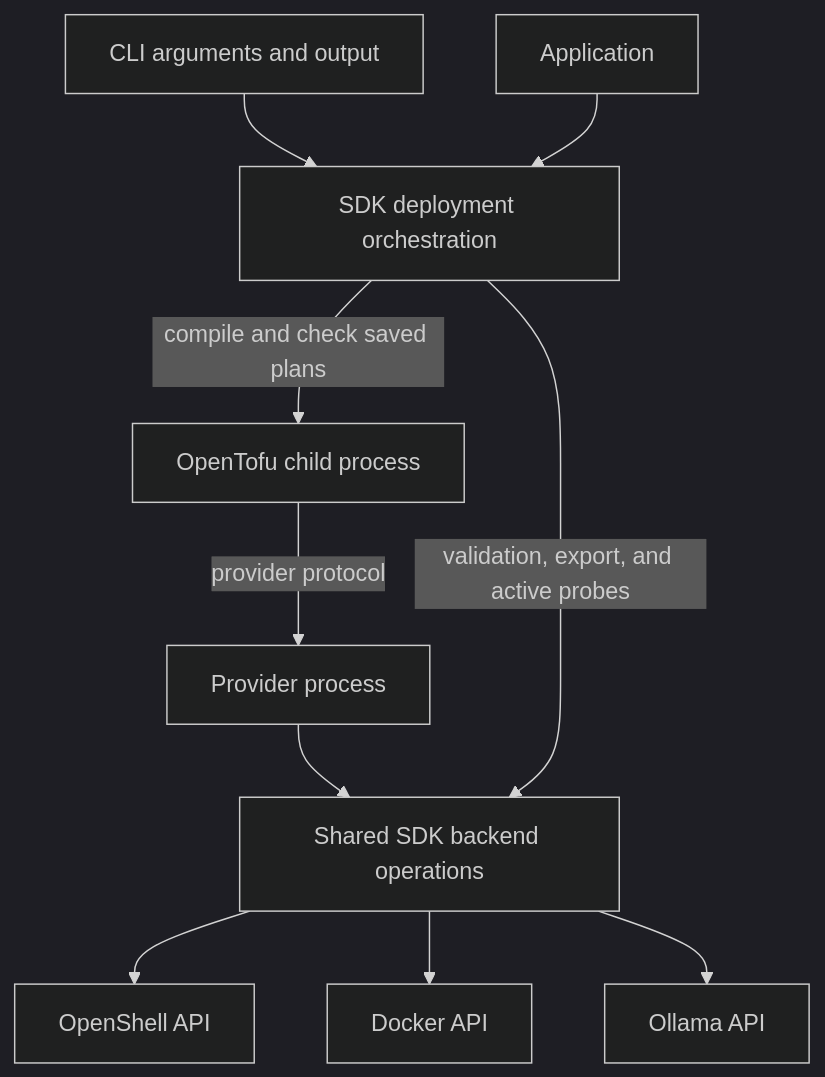
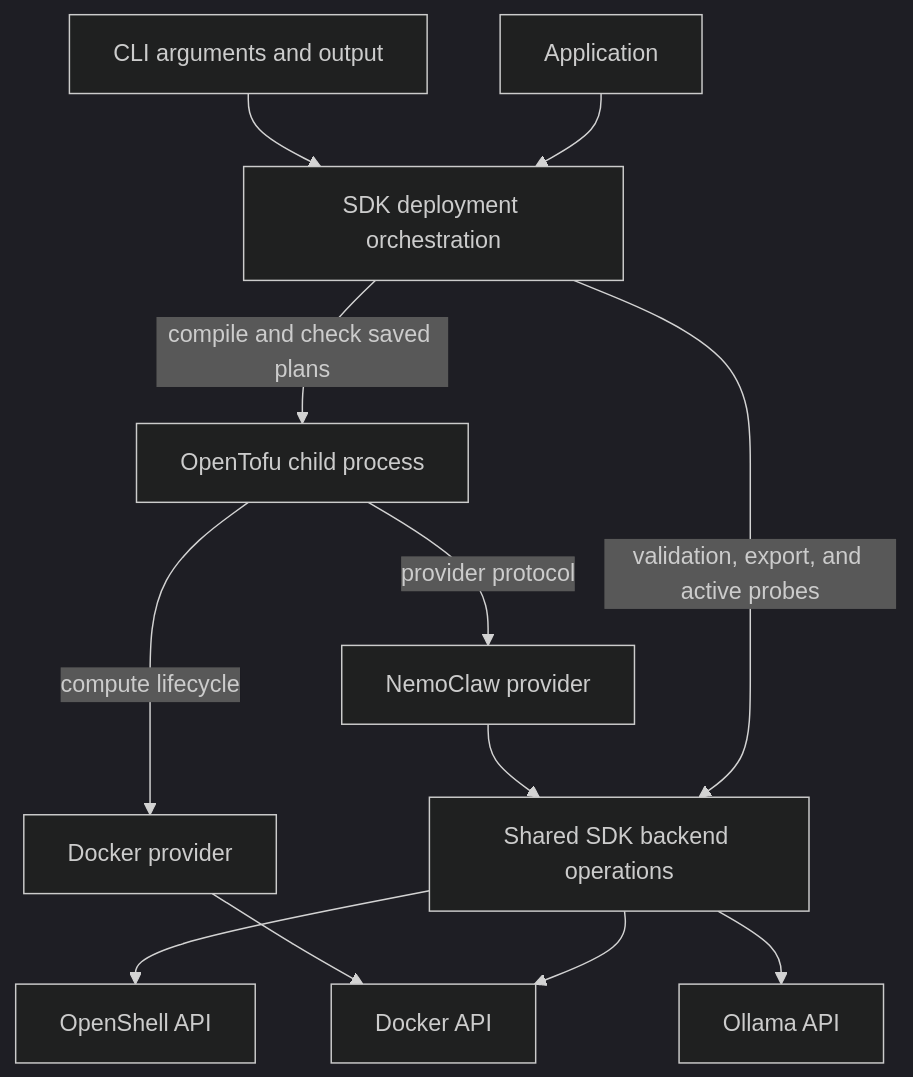
Before and after one commit to NVIDIA/NemoClaw: the first of 2 diagrams in docs/design/architecture.md, drawn with Mermaid (dark theme). The commit also changed other lines of this file and 12 other files, not shown here.

First line of the commit message:
docs: describe native Docker lifecycle and qualification limits

````diff
--- a/docs/design/architecture.md
+++ b/docs/design/architecture.md
@@ -38,12 +38,14 @@
 ```mermaid
 flowchart TD
     CLI[CLI arguments and output] --> SDK[SDK deployment orchestration]
     App[Application] --> SDK
     SDK -->|compile and check saved plans| Tofu[OpenTofu child process]
-    Tofu -->|provider protocol| Provider[Provider process]
+    Tofu -->|provider protocol| Provider[NemoClaw provider]
+    Tofu -->|compute lifecycle| DockerProvider[Docker provider]
+    DockerProvider --> Docker[Docker API]
     Provider --> Backend[Shared SDK backend operations]
     SDK -->|validation, export, and active probes| Backend
     Backend --> OpenShell[OpenShell API]
     Backend --> Docker[Docker API]
     Backend --> Ollama[Ollama API]
 ```
````
